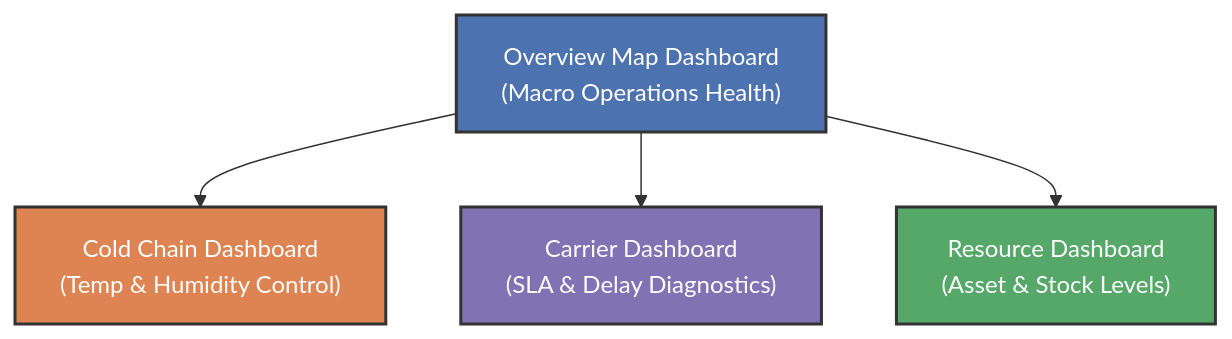
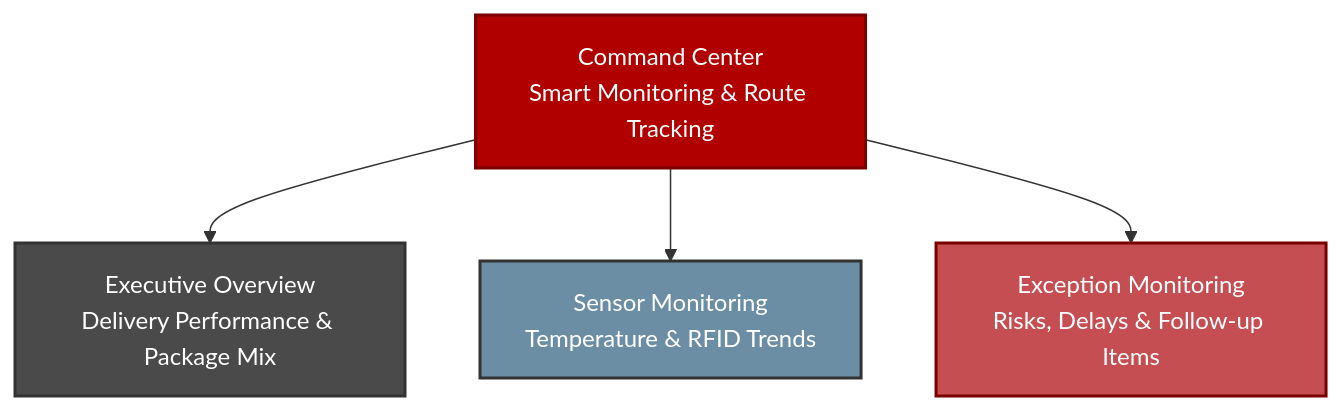
Before and after one commit to Team-Kaizen-MMDC/adet: the diagram in docs/tableau_storytelling_iot_sensors.md, drawn with Mermaid. The commit also changed other lines of this file and 9 other files, not shown here.

First line of the commit message:
feat: complete Kaizen Logistics smart tracking workflow and Tableau documentation

````diff
--- a/docs/tableau_storytelling_iot_sensors.md
+++ b/docs/tableau_storytelling_iot_sensors.md
@@ -11,11 +17,11 @@
 ```mermaid
 graph TD
-    A["Overview Map Dashboard<br>(Macro Operations Health)"] --> B["Cold Chain Dashboard<br>(Temp & Humidity Control)"]
-    A --> C["Carrier Dashboard<br>(SLA & Delay Diagnostics)"]
-    A --> D["Resource Dashboard<br>(Asset & Stock Levels)"]
-    
-    style A fill:#4C72B0,stroke:#333,stroke-width:2px,color:#fff
-    style B fill:#DD8452,stroke:#333,stroke-width:2px,color:#fff
-    style C fill:#8172B3,stroke:#333,stroke-width:2px,color:#fff
-    style D fill:#55A868,stroke:#333,stroke-width:2px,color:#fff
+    A["Command Center<br>Smart Monitoring & Route Tracking"] --> B["Executive Overview<br>Delivery Performance & Package Mix"]
+    A --> C["Sensor Monitoring<br>Temperature & RFID Trends"]
+    A --> D["Exception Monitoring<br>Risks, Delays & Follow-up Items"]
+
+    style A fill:#B00000,stroke:#7A0000,stroke-width:2px,color:#fff
+    style B fill:#4A4A4A,stroke:#333,stroke-width:2px,color:#fff
+    style C fill:#6C8EA4,stroke:#333,stroke-width:2px,color:#fff
+    style D fill:#C44E52,stroke:#7A0000,stroke-width:2px,color:#fff
 ```
````
